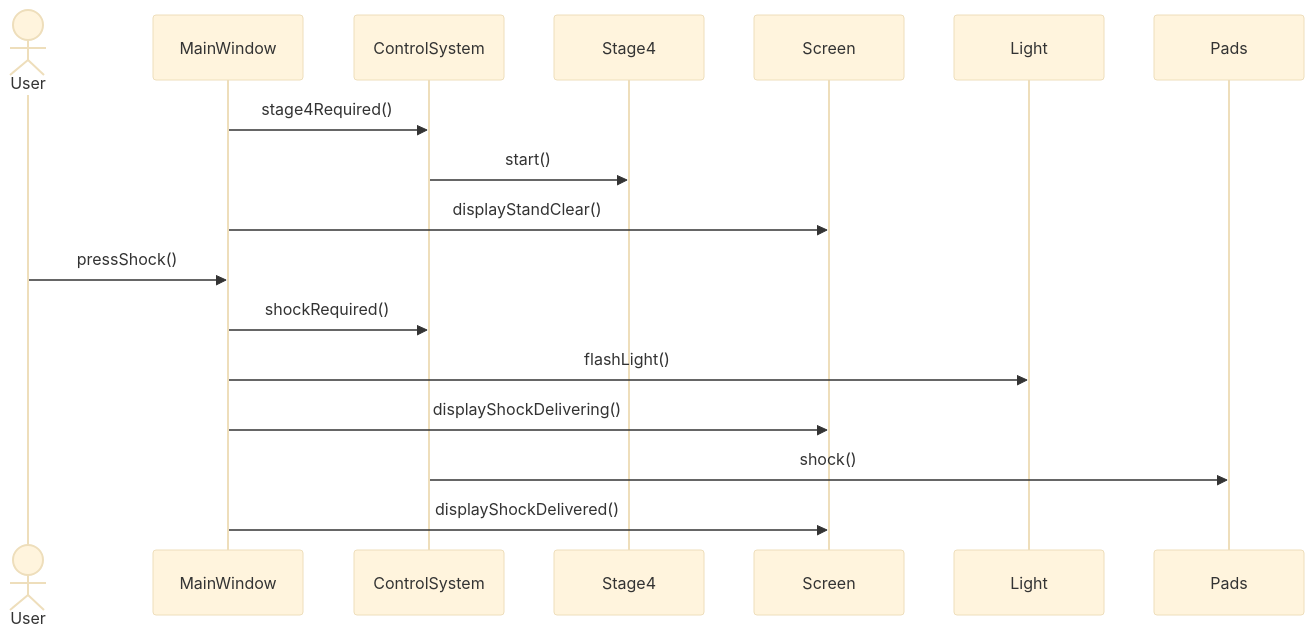
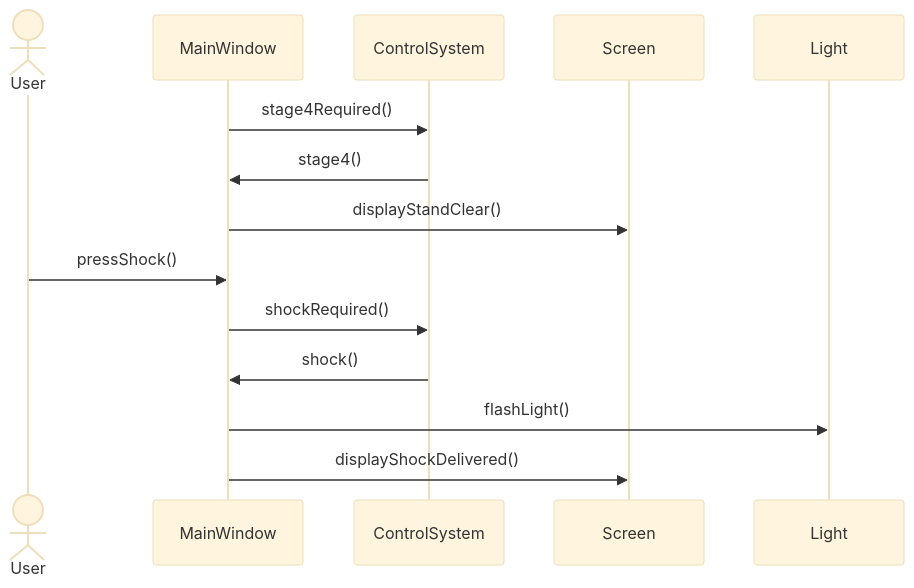
The fourth of 8 diagrams in README.md (SaturnOperator/AED-System), drawn with Mermaid (base theme) before and after one commit. The commit also changed other lines of this file and 1 other file, not shown here.

First line of the commit message:
Revert "Merge branch 'main' of github.com:SaturnOperator/AED-System"

````diff
--- a/README.md
+++ b/README.md
@@ -92,13 +99,16 @@
 ```mermaid
 sequenceDiagram
 actor User
+participant MainWindow
+participant ControlSystem
+participant Screen
+participant Light
     MainWindow->>ControlSystem: stage4Required()
-    ControlSystem->>Stage4: start()
+    ControlSystem->>MainWindow: stage4()
     MainWindow->>Screen: displayStandClear()
     User->>MainWindow: pressShock()
     MainWindow->>ControlSystem: shockRequired()
+    ControlSystem->>MainWindow: shock()
     MainWindow->>Light: flashLight()
-    MainWindow->>Screen: displayShockDelivering()
-    ControlSystem->>Pads: shock()
     MainWindow->>Screen: displayShockDelivered()
 ```
````
